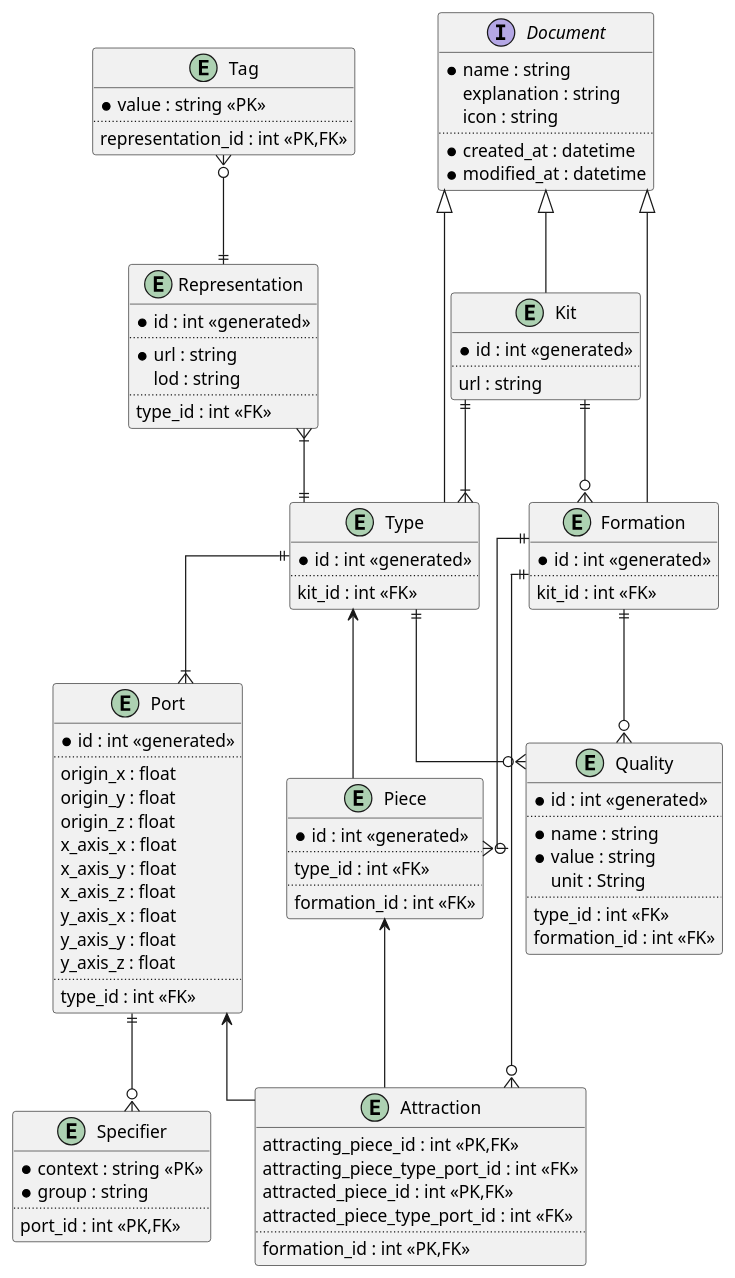
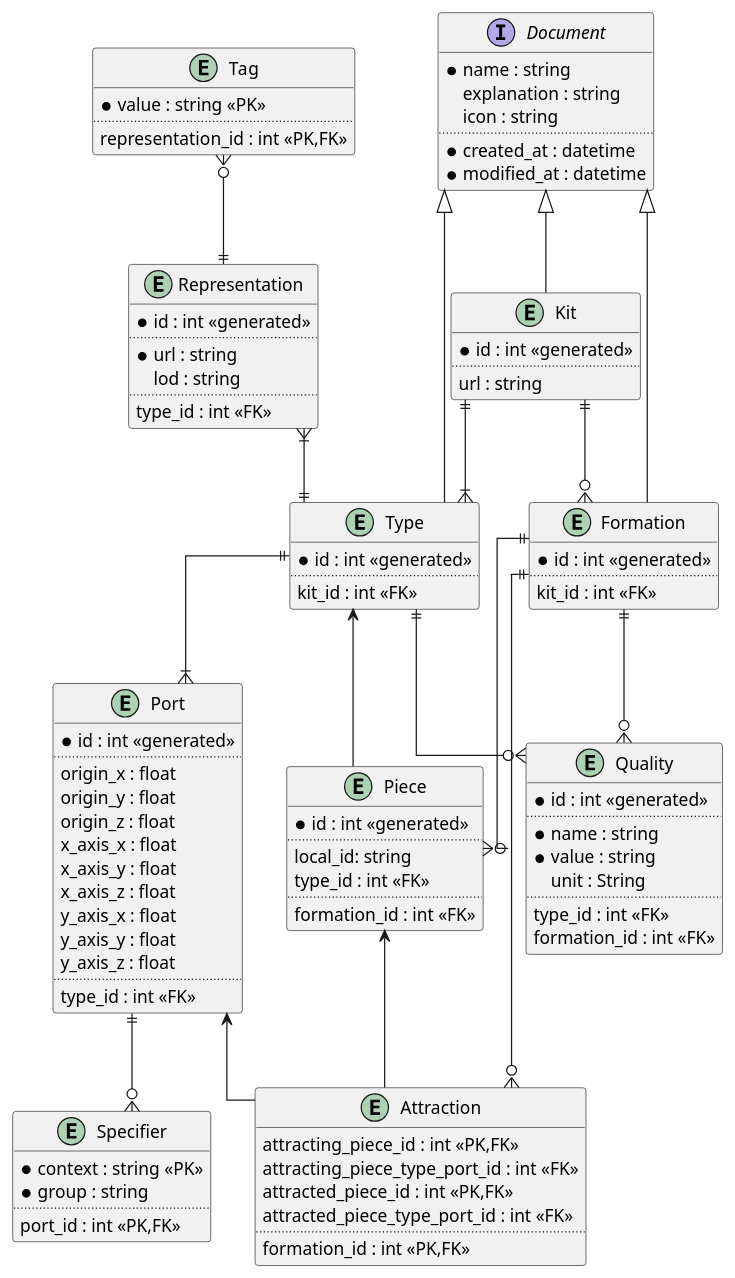
Before and after one commit to usalu/semio: the diagram in docs/softwarequality/softwarearchitecture/dataarchitecture.pu, drawn with PlantUML. The commit also changed 9 other files, not shown here.

```diff
--- a/docs/softwarequality/softwarearchitecture/dataarchitecture.pu
+++ b/docs/softwarequality/softwarearchitecture/dataarchitecture.pu
@@ -1,118 +1,119 @@
 @startuml "data architecture"
 skinparam linetype ortho
 
 interface Document {
     *name : string
     explanation : string
     icon : string
     ..
     *created_at : datetime
     *modified_at : datetime
 }
 
 entity Kit {
     *id : int <<generated>> 
     ..
     url : string
 }
 
 entity Type {
     *id : int <<generated>>
     ..
     kit_id : int <<FK>>
 }
 
 entity Representation {
     *id : int <<generated>>
     ..
     *url : string
     lod : string
     ..
     type_id : int <<FK>>
 }
 
 entity Tag {
     *value : string <<PK>>
     ..
     representation_id : int <<PK,FK>>
 }
 
 entity Port {
     *id : int <<generated>>
     ..
     origin_x : float
     origin_y : float
     origin_z : float
     x_axis_x : float
     x_axis_y : float
     x_axis_z : float
     y_axis_x : float
     y_axis_y : float
     y_axis_z : float
     ..
     type_id : int <<FK>>
 }
 
 entity Quality {
     *id : int <<generated>>
     ..
     *name : string
     *value : string
     unit : String
     ..
     type_id : int <<FK>>
     formation_id : int <<FK>>
 }
 
 
 entity Specifier {
     *context : string <<PK>>
     *group : string
     ..
     port_id : int <<PK,FK>>
 }
 
 entity Piece{
     *id : int <<generated>>
     ..
+    local_id: string
     type_id : int <<FK>>
     ..
     formation_id : int <<FK>>
 }
 
 entity Attraction {
     attracting_piece_id : int <<PK,FK>>
     attracting_piece_type_port_id : int <<FK>>
     attracted_piece_id : int <<PK,FK>>
     attracted_piece_type_port_id : int <<FK>>
     ..
     formation_id : int <<PK,FK>>
 }
 
 entity Formation {
     *id : int <<generated>>
     ..
     kit_id : int <<FK>>
 }
 
 
 Kit ||--|{ Type
 Kit ||--o{ Formation
 Tag }o--|| Representation
 Representation }|--|| Type
 Type ||--|{ Port
 Type ||--o{ Quality
 Formation ||--o{ Piece
 Formation ||--o{ Attraction
 Formation ||--o{ Quality
 Port ||--o{  Specifier
 Type <-- Piece
 Piece <-- Attraction
 Port <-- Attraction
 
 Document <|-- Kit
 Document <|-- Type
 Document <|-- Formation
 
 
 @enduml
```
